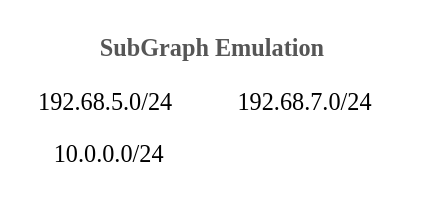
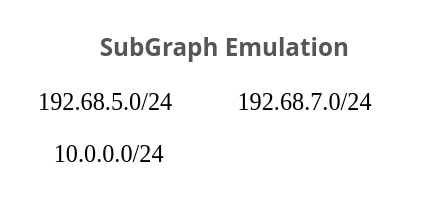
One commit to rebelinux/Diagrammer.Core changed the first of 4 diagrams in Docs/dev-guide/commands/Add-DiaHTMLSubGraph.md. Above: the diagram before and after it, drawn with Graphviz. The commit also changed other lines of this file and 75 other files, not shown here.

First line of the commit message:
Refactor font properties in tests and Graphviz source files

````diff
--- a/Docs/dev-guide/commands/Add-DiaHTMLSubGraph.md
+++ b/Docs/dev-guide/commands/Add-DiaHTMLSubGraph.md
@@ -53,6 +53,6 @@
         ```graphviz dot AddDiaHTMLSubGraph.png
             digraph g {
                 node [shape=plain];
-                a [label=<<TABLE BGColor="#ffffff" COLOR="#000000" border="0" cellborder="0" cellpadding="5" cellspacing="5"><TR><TD ALIGN="Center" colspan="2"><FONT FACE="Segoe Ui Black" Color="#565656" POINT-SIZE="14"><B>SubGraph Emulation</B></FONT></TD></TR><TR><TD align="Center" colspan="1"><FONT POINT-SIZE="14">192.68.5.0/24</FONT></TD><TD align="Center" colspan="1"><FONT POINT-SIZE="14">192.68.7.0/24</FONT></TD></TR><TR><TD align="Center" colspan="1"><FONT POINT-SIZE="14">10.0.0.0/24</FONT></TD></TR></TABLE>>];
+                a [label=<<TABLE BGColor="#ffffff" COLOR="#000000" border="0" cellborder="0" cellpadding="5" cellspacing="5"><TR><TD ALIGN="Center" colspan="2"><FONT FACE="Segoe Ui" Color="#565656" POINT-SIZE="14"><B>SubGraph Emulation</B></FONT></TD></TR><TR><TD align="Center" colspan="1"><FONT POINT-SIZE="14">192.68.5.0/24</FONT></TD><TD align="Center" colspan="1"><FONT POINT-SIZE="14">192.68.7.0/24</FONT></TD></TR><TR><TD align="Center" colspan="1"><FONT POINT-SIZE="14">10.0.0.0/24</FONT></TD></TR></TABLE>>];
             }
         ```
````
